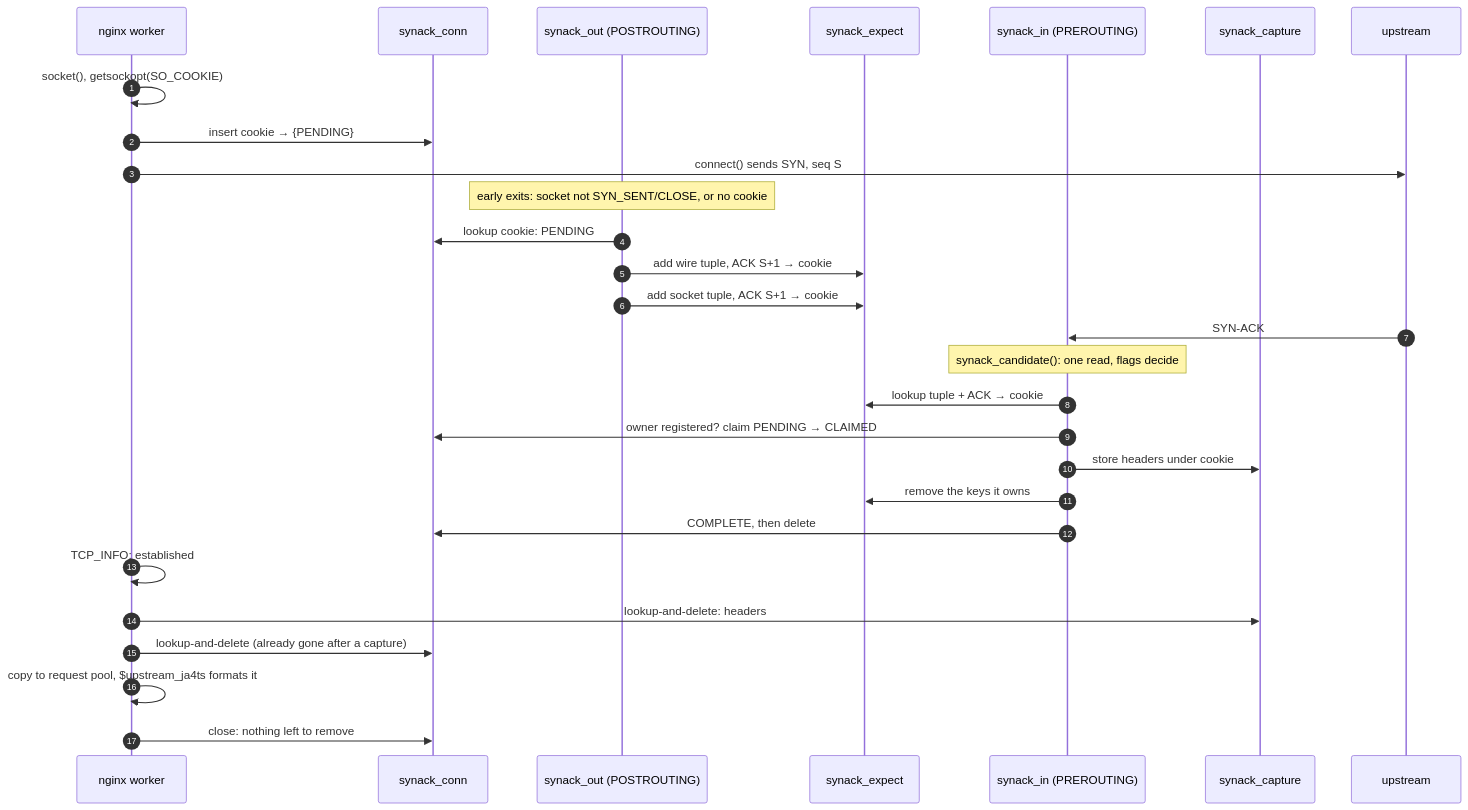
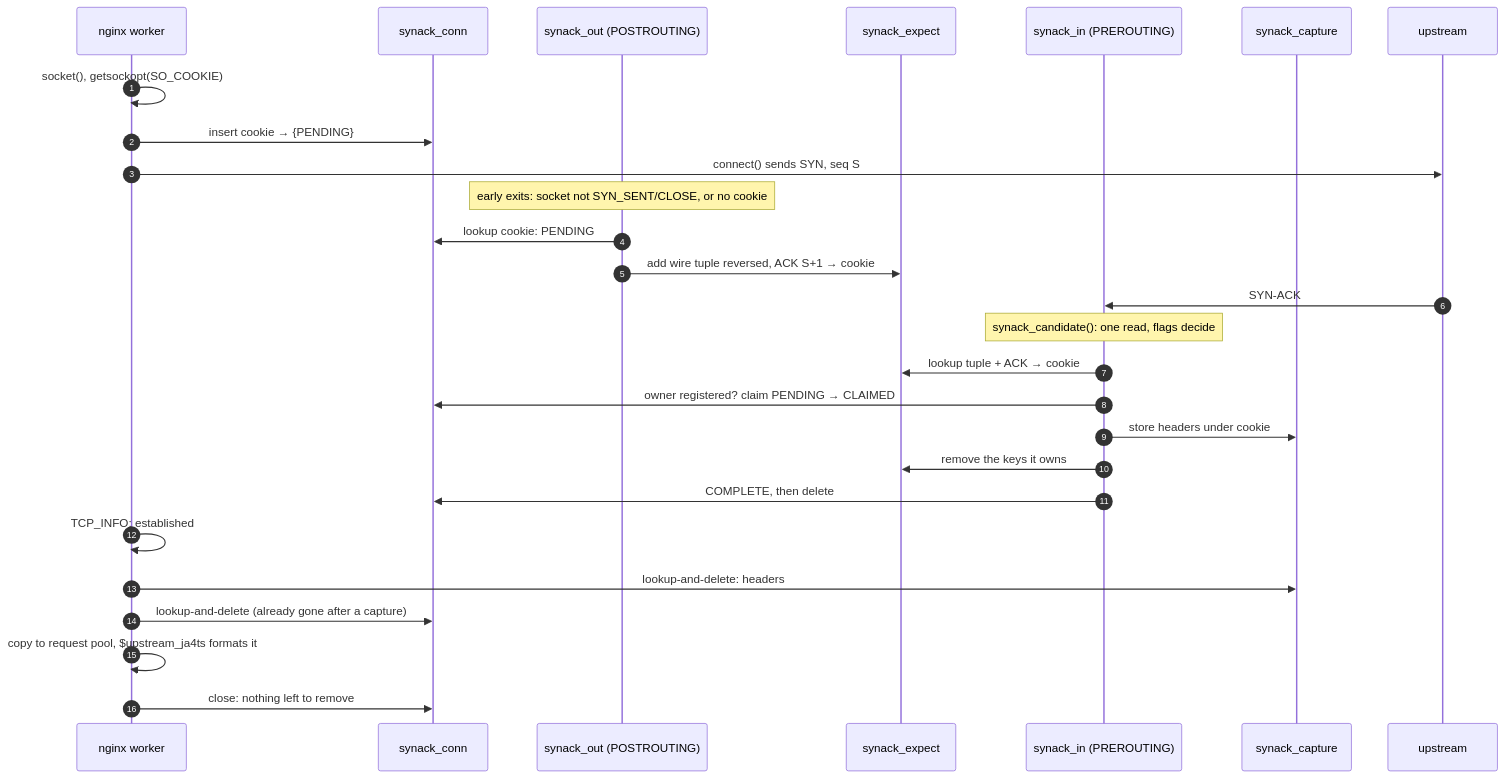
Before and after one commit to lynch1981/ja4-nginx-module: the second of 3 diagrams in doc/ja4ts_ebpf_design.md, drawn with Mermaid. The commit also changed other lines of this file and 8 other files, not shown here.

````diff
--- a/doc/ja4ts_ebpf_design.md
+++ b/doc/ja4ts_ebpf_design.md
@@ -168,31 +169,30 @@
 ```mermaid
 sequenceDiagram
     autonumber
     participant W as nginx worker
     participant C as synack_conn
     participant O as synack_out (POSTROUTING)
     participant E as synack_expect
     participant I as synack_in (PREROUTING)
     participant R as synack_capture
     participant U as upstream
 
     W->>W: socket(), getsockopt(SO_COOKIE)
     W->>C: insert cookie → {PENDING}
     W->>U: connect() sends SYN, seq S
     Note over O: early exits: socket not SYN_SENT/CLOSE, or no cookie
     O->>C: lookup cookie: PENDING
-    O->>E: add wire tuple, ACK S+1 → cookie
-    O->>E: add socket tuple, ACK S+1 → cookie
+    O->>E: add wire tuple reversed, ACK S+1 → cookie
     U->>I: SYN-ACK
     Note over I: synack_candidate(): one read, flags decide
     I->>E: lookup tuple + ACK → cookie
     I->>C: owner registered? claim PENDING → CLAIMED
     I->>R: store headers under cookie
     I->>E: remove the keys it owns
     I->>C: COMPLETE, then delete
     W->>W: TCP_INFO: established
     W->>R: lookup-and-delete: headers
     W->>C: lookup-and-delete (already gone after a capture)
     W->>W: copy to request pool, $upstream_ja4ts formats it
     W->>C: close: nothing left to remove
 ```
````
